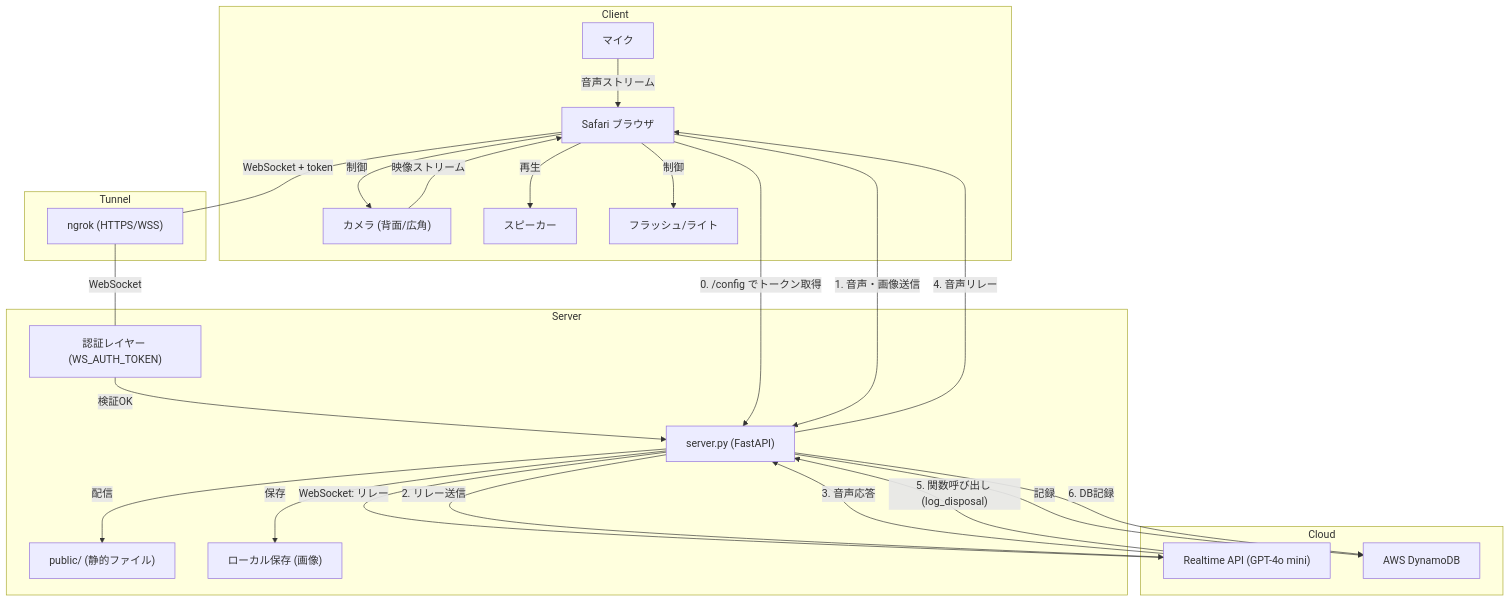
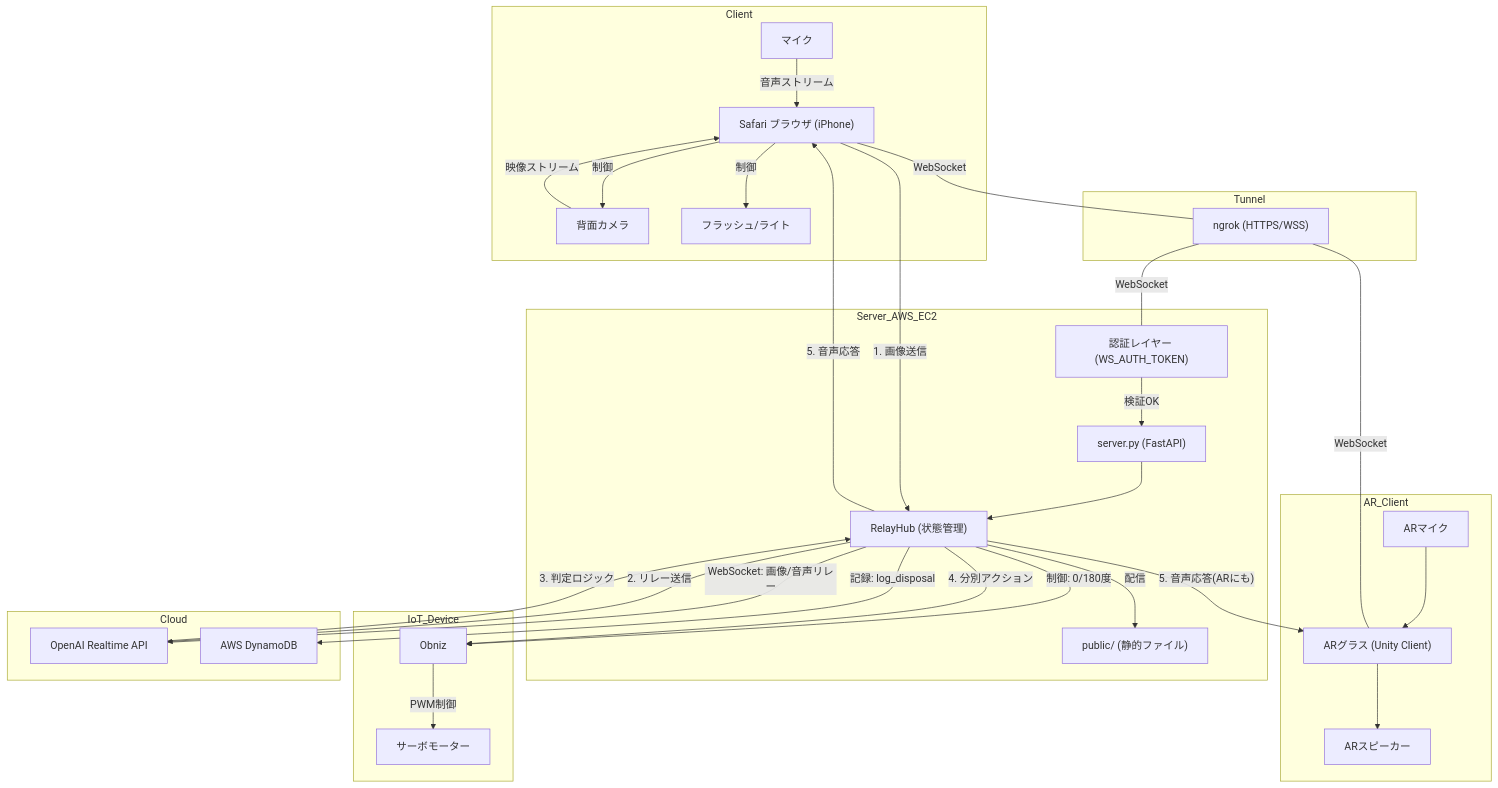
The diagram in doc/system_architecture.md (yamayuu18/wackathon-2025), drawn with Mermaid before and after one commit. The commit also changed other lines of this file and 3 other files, not shown here.

````diff
--- a/doc/system_architecture.md
+++ b/doc/system_architecture.md
@@ -9,56 +9,68 @@
 ```mermaid
 graph TD
     subgraph Client
-        Browser["Safari ブラウザ"]
-        Camera["カメラ (背面/広角)"]
+        Browser["Safari ブラウザ (iPhone)"]
+        Camera["背面カメラ"]
         Mic["マイク"]
-        Speaker["スピーカー"]
         Flash["フラッシュ/ライト"]
 
         Browser -->|制御| Camera
         Browser -->|制御| Flash
         Camera -->|映像ストリーム| Browser
         Mic -->|音声ストリーム| Browser
     end
 
+    subgraph AR_Client
+        ARGlass["ARグラス (Unity Client)"]
+        ARGlassMic["ARマイク"]
+        ARGlassSpeaker["ARスピーカー"]
+        
+        ARGlassMic --> ARGlass
+        ARGlass --> ARGlassSpeaker
+    end
+
     subgraph Tunnel
         Ngrok["ngrok (HTTPS/WSS)"]
     end
 
-    subgraph Server
+    subgraph Server_AWS_EC2
         Auth["認証レイヤー (WS_AUTH_TOKEN)"]
         FastAPI["server.py (FastAPI)"]
         Static["public/ (静的ファイル)"]
-        FileSystem["ローカル保存 (画像)"]
+        RelayHub["RelayHub (状態管理)"]
+        
+        Auth -->|検証OK| FastAPI
+        FastAPI --> RelayHub
+        RelayHub -->|配信| Static
+    end
 
-        Auth -->|検証OK| FastAPI
-        FastAPI -->|配信| Static
-        FastAPI -->|保存| FileSystem
+    subgraph IoT_Device
+        Obniz["Obniz"]
+        Servo["サーボモーター"]
+        
+        Obniz -->|PWM制御| Servo
     end
 
     subgraph Cloud
-        RealtimeAPI["Realtime API (GPT-4o mini)"]
+        RealtimeAPI["OpenAI Realtime API"]
         DynamoDB["AWS DynamoDB"]
-
-        FastAPI -->|記録| DynamoDB
     end
 
-    %% 認証フロー
-    Browser -- "0. /config でトークン取得" --> FastAPI
-    Browser ---|WebSocket + token| Ngrok
+    %% 通信フロー
+    Browser ---|WebSocket| Ngrok
+    ARGlass ---|WebSocket| Ngrok
     Ngrok ---|WebSocket| Auth
 
     %% データフロー
-    FastAPI ---|WebSocket: リレー| RealtimeAPI
+    RelayHub ---|WebSocket: 画像/音声リレー| RealtimeAPI
+    RelayHub -->|記録: log_disposal| DynamoDB
+    RelayHub -->|制御: 0/180度| Obniz
 
     %% 詳細なやり取り
-    Browser -- "1. 音声・画像送信" --> FastAPI
-    FastAPI -- "2. リレー送信" --> RealtimeAPI
-    RealtimeAPI -- "3. 音声応答" --> FastAPI
-    FastAPI -- "4. 音声リレー" --> Browser
-    Browser -->|再生| Speaker
-
-    %% Function Calling
-    RealtimeAPI -- "5. 関数呼び出し (log_disposal)" --> FastAPI
-    FastAPI -- "6. DB記録" --> DynamoDB
+    Browser -- "1. 画像送信" --> RelayHub
+    RelayHub -- "2. リレー送信" --> RealtimeAPI
+    RealtimeAPI -- "3. 判定ロジック" --> RelayHub
+    RelayHub -- "4. 分別アクション" --> Obniz
+    RelayHub -- "5. 音声応答" --> Browser
+    RelayHub -- "5. 音声応答(ARにも)" --> ARGlass
 ```
````
